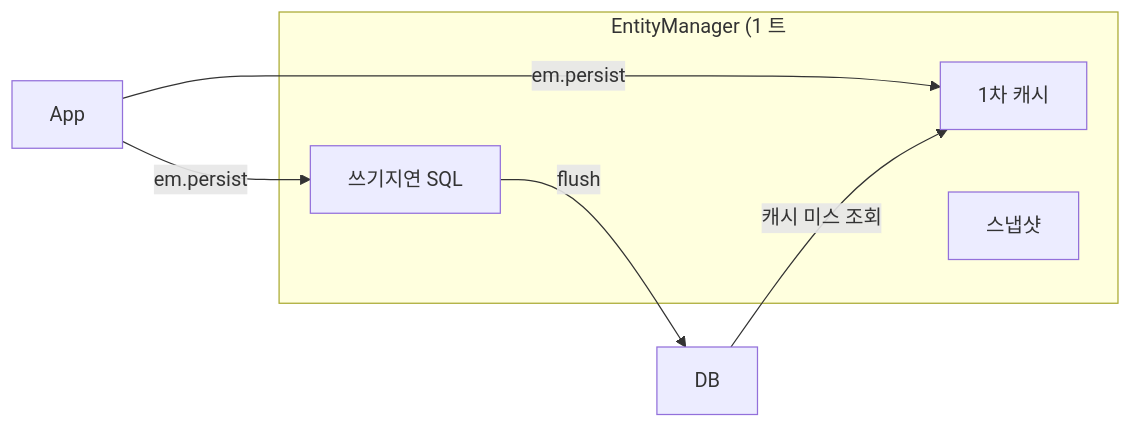
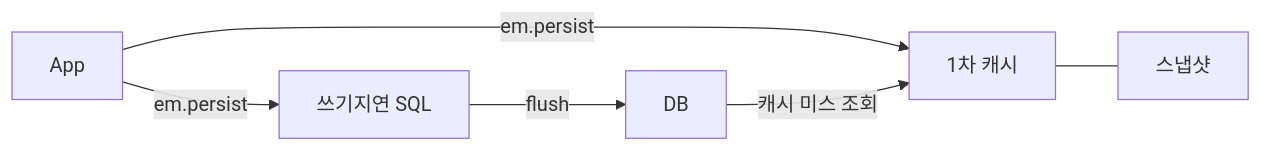
Before and after one commit to yjkim2015/yjkim2015.github.io: the first of 5 diagrams in _posts/jpa/2021-10-17-Jpa 영속성 관리.md, drawn with Mermaid. The commit also changed other lines of this file and 155 other files, not shown here.

First line of the commit message:
Mermaid 전면 수정: subgraph 제거, participant/노드/줄수 축소 (342블록)

````diff
--- a/_posts/jpa/2021-10-17-Jpa 영속성 관리.md
+++ b/_posts/jpa/2021-10-17-Jpa 영속성 관리.md
@@ -23,11 +23,8 @@
 ```mermaid
 graph LR
-    APP["App"] -->|em.persist| PC1["1차 캐시"] & PC2["쓰기지연 SQL"]
-    subgraph EM["EntityManager (1 트"]
-        PC1
-        PC2
-        SNAP["스냅샷"]
-    end
+    APP["App"] -->|em.persist| PC1["1차 캐시"]
+    APP -->|em.persist| PC2["쓰기지연 SQL"]
+    PC1 --- SNAP["스냅샷"]
     PC2 -->|flush| DB["DB"]
     DB -->|캐시 미스 조회| PC1
 ```
````
